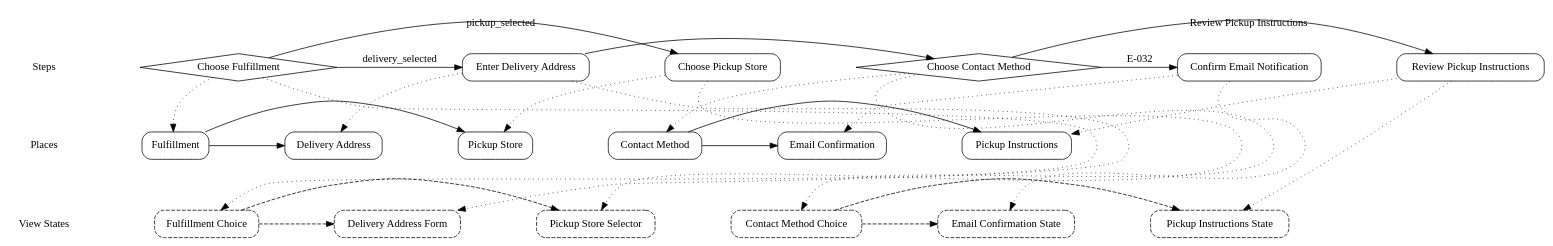
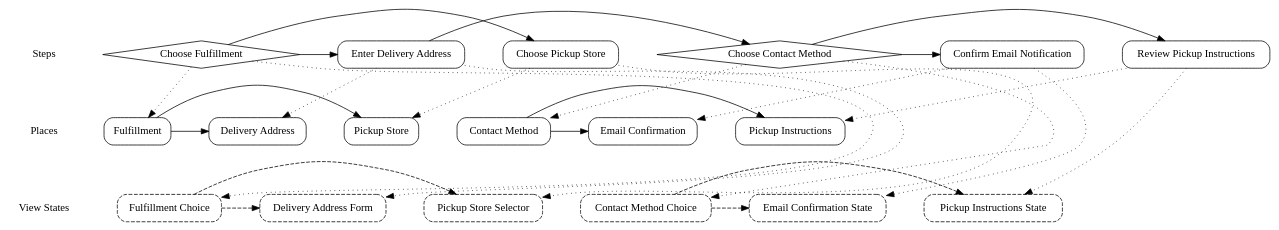
One commit to knutopia/Structured-Design-Documents changed the diagram in examples/rendered/v0.1/scenario_flow_diagram_type/scenario_branching_example/simple_profile/scenario_branching.scenario_flow.dot. Above: the diagram before and after it, drawn with Graphviz. The commit also changed 42 other files, not shown here.

```diff
--- a/examples/rendered/v0.1/scenario_flow_diagram_type/scenario_branching_example/simple_profile/scenario_branching.scenario_flow.dot
+++ b/examples/rendered/v0.1/scenario_flow_diagram_type/scenario_branching_example/simple_profile/scenario_branching.scenario_flow.dot
@@ -1,75 +1,75 @@
 digraph scenario_flow {
   rankdir=TB;
   graph [fontname="Public Sans", nodesep=0.7, ranksep=0.9];
   node [fontname="Public Sans"];
   edge [fontname="Public Sans"];
   subgraph rank_step {
     rank=same;
     "lane_step" [shape=plaintext, label="Steps"];
     "J-030" [shape="diamond", label="Choose Fulfillment"];
     "J-031" [shape="box", style="rounded", label="Enter Delivery Address"];
     "J-032" [shape="box", style="rounded", label="Choose Pickup Store"];
     "J-033" [shape="diamond", label="Choose Contact Method"];
     "J-034" [shape="box", style="rounded", label="Confirm Email Notification"];
     "J-035" [shape="box", style="rounded", label="Review Pickup Instructions"];
   }
   subgraph rank_place {
     rank=same;
     "lane_place" [shape=plaintext, label="Places"];
     "P-030" [shape="box", style="rounded", label="Fulfillment"];
     "P-031" [shape="box", style="rounded", label="Delivery Address"];
     "P-032" [shape="box", style="rounded", label="Pickup Store"];
     "P-033" [shape="box", style="rounded", label="Contact Method"];
     "P-034" [shape="box", style="rounded", label="Email Confirmation"];
     "P-035" [shape="box", style="rounded", label="Pickup Instructions"];
   }
   subgraph rank_view_state {
     rank=same;
     "lane_view_state" [shape=plaintext, label="View States"];
     "VS-030a" [shape="box", style="rounded,dashed", label="Fulfillment Choice"];
     "VS-031a" [shape="box", style="rounded,dashed", label="Delivery Address Form"];
     "VS-032a" [shape="box", style="rounded,dashed", label="Pickup Store Selector"];
     "VS-033a" [shape="box", style="rounded,dashed", label="Contact Method Choice"];
     "VS-034a" [shape="box", style="rounded,dashed", label="Email Confirmation State"];
     "VS-035a" [shape="box", style="rounded,dashed", label="Pickup Instructions State"];
   }
   "lane_step" -> "lane_place" [style=invis, weight=100];
   "lane_place" -> "lane_view_state" [style=invis, weight=100];
   "lane_step" -> "J-030" [style=invis, weight=100];
   "J-031" -> "J-032" [style=invis, weight=100];
   "J-032" -> "J-033" [style=invis, weight=100];
   "J-034" -> "J-035" [style=invis, weight=100];
   "lane_place" -> "P-030" [style=invis, weight=100];
   "P-031" -> "P-032" [style=invis, weight=100];
   "P-032" -> "P-033" [style=invis, weight=100];
   "P-034" -> "P-035" [style=invis, weight=100];
   "lane_view_state" -> "VS-030a" [style=invis, weight=100];
   "VS-031a" -> "VS-032a" [style=invis, weight=100];
   "VS-032a" -> "VS-033a" [style=invis, weight=100];
   "VS-034a" -> "VS-035a" [style=invis, weight=100];
-  "J-030" -> "J-031" [label="delivery_selected", weight=4];
-  "J-030" -> "J-032" [label="pickup_selected", weight=4];
+  "J-030" -> "J-031" [weight=4];
+  "J-030" -> "J-032" [weight=4];
   "J-030" -> "P-030" [style="dotted", constraint=false];
   "J-030" -> "VS-030a" [style="dotted", constraint=false];
   "J-031" -> "J-033" [weight=4];
   "J-031" -> "P-031" [style="dotted", constraint=false];
   "J-031" -> "VS-031a" [style="dotted", constraint=false];
   "J-032" -> "P-032" [style="dotted", constraint=false];
   "J-032" -> "VS-032a" [style="dotted", constraint=false];
-  "J-033" -> "J-034" [label="E-032", weight=4];
-  "J-033" -> "J-035" [label="Review Pickup Instructions", weight=4];
+  "J-033" -> "J-034" [weight=4];
+  "J-033" -> "J-035" [weight=4];
   "J-033" -> "P-033" [style="dotted", constraint=false];
   "J-033" -> "VS-033a" [style="dotted", constraint=false];
   "J-034" -> "P-034" [style="dotted", constraint=false];
   "J-034" -> "VS-034a" [style="dotted", constraint=false];
   "J-035" -> "P-035" [style="dotted", constraint=false];
   "J-035" -> "VS-035a" [style="dotted", constraint=false];
   "P-030" -> "P-031" [style="solid", weight=3];
   "P-030" -> "P-032" [style="solid", weight=3];
   "P-033" -> "P-034" [style="solid", weight=3];
   "P-033" -> "P-035" [style="solid", weight=3];
   "VS-030a" -> "VS-031a" [style="dashed", weight=3];
   "VS-030a" -> "VS-032a" [style="dashed", weight=3];
   "VS-033a" -> "VS-034a" [style="dashed", weight=3];
   "VS-033a" -> "VS-035a" [style="dashed", weight=3];
 }
```
